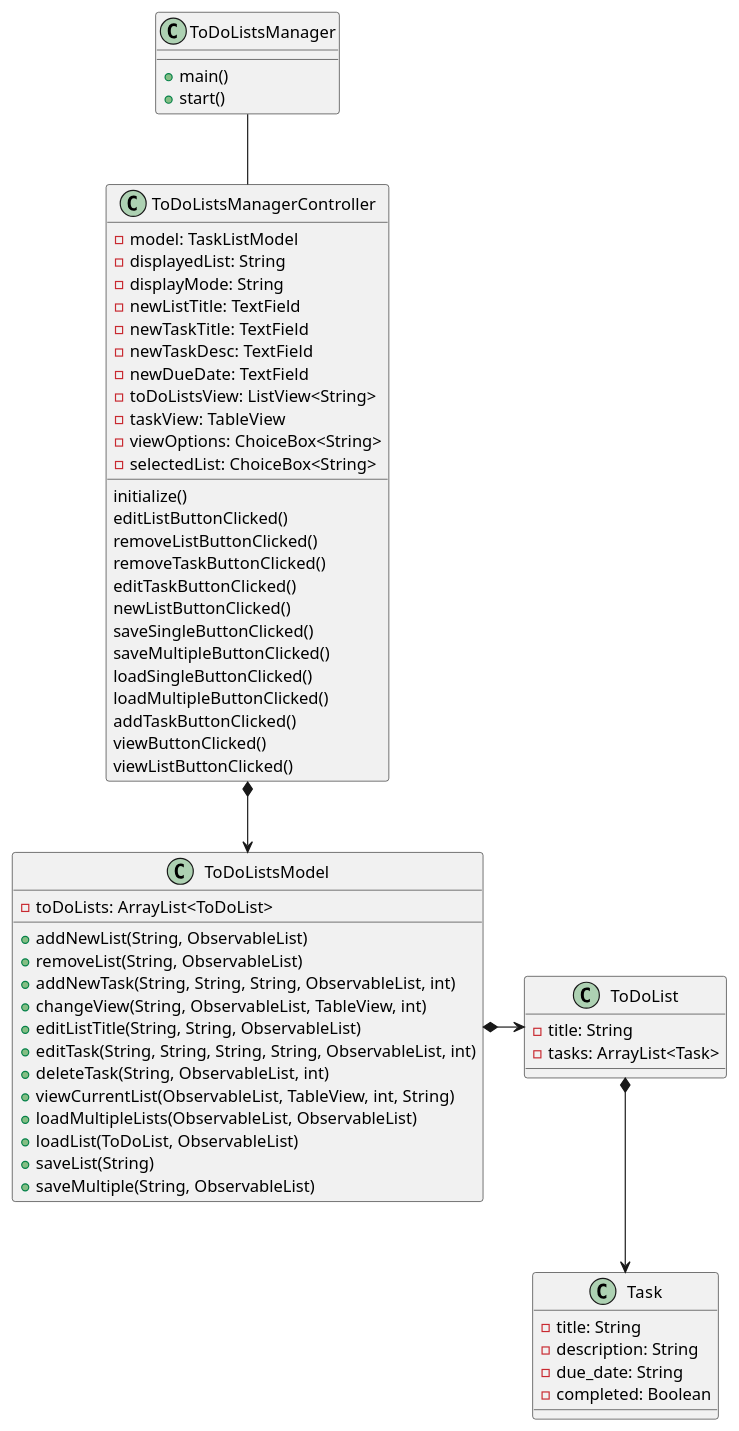
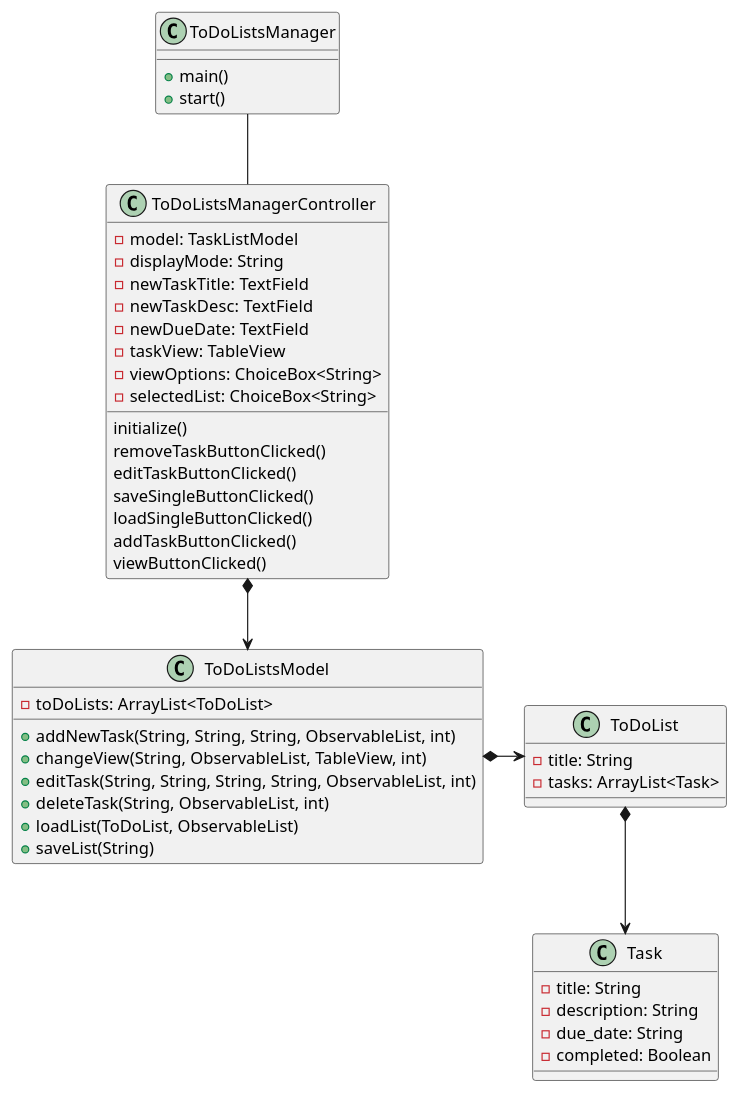
One commit to carcmross/cross-cop3330-assignment4part2 changed the diagram in uml/Assignment4ClassDiagram.puml. Above: the diagram before and after it, drawn with PlantUML. The commit also changed 9 other files, not shown here.

```diff
--- a/uml/Assignment4ClassDiagram.puml
+++ b/uml/Assignment4ClassDiagram.puml
@@ -1,72 +1,57 @@
 @startuml
 'https://plantuml.com/class-diagram
 
 class ToDoListsManager {
     + main()
     + start()
 }
 
 class ToDoListsManagerController {
     - model: TaskListModel
-    - displayedList: String
     - displayMode: String
-    - newListTitle: TextField
     - newTaskTitle: TextField
     - newTaskDesc: TextField
     - newDueDate: TextField
-    - toDoListsView: ListView<String>
     - taskView: TableView
     - viewOptions: ChoiceBox<String>
     - selectedList: ChoiceBox<String>
 
     initialize()
-    editListButtonClicked()
-    removeListButtonClicked()
     removeTaskButtonClicked()
     editTaskButtonClicked()
-    newListButtonClicked()
     saveSingleButtonClicked()
-    saveMultipleButtonClicked()
     loadSingleButtonClicked()
-    loadMultipleButtonClicked()
     addTaskButtonClicked()
     viewButtonClicked()
-    viewListButtonClicked()
 }
 
 class ToDoListsModel {
     - toDoLists: ArrayList<ToDoList>
 
-    + addNewList(String, ObservableList)
-    + removeList(String, ObservableList)
     + addNewTask(String, String, String, ObservableList, int)
     + changeView(String, ObservableList, TableView, int)
-    + editListTitle(String, String, ObservableList)
     + editTask(String, String, String, String, ObservableList, int)
     + deleteTask(String, ObservableList, int)
-    + viewCurrentList(ObservableList, TableView, int, String)
-    + loadMultipleLists(ObservableList, ObservableList)
     + loadList(ToDoList, ObservableList)
     + saveList(String)
-    + saveMultiple(String, ObservableList)
 }
 
 class ToDoList {
     - title: String
     - tasks: ArrayList<Task>
 }
 
 class Task {
     - title: String
     - description: String
     - due_date: String
     - completed: Boolean
 }
 
 
 ToDoListsManager -- ToDoListsManagerController
 ToDoListsManagerController *--> ToDoListsModel
 ToDoListsModel *-> ToDoList
 ToDoList *--> Task
 
 @enduml
```
